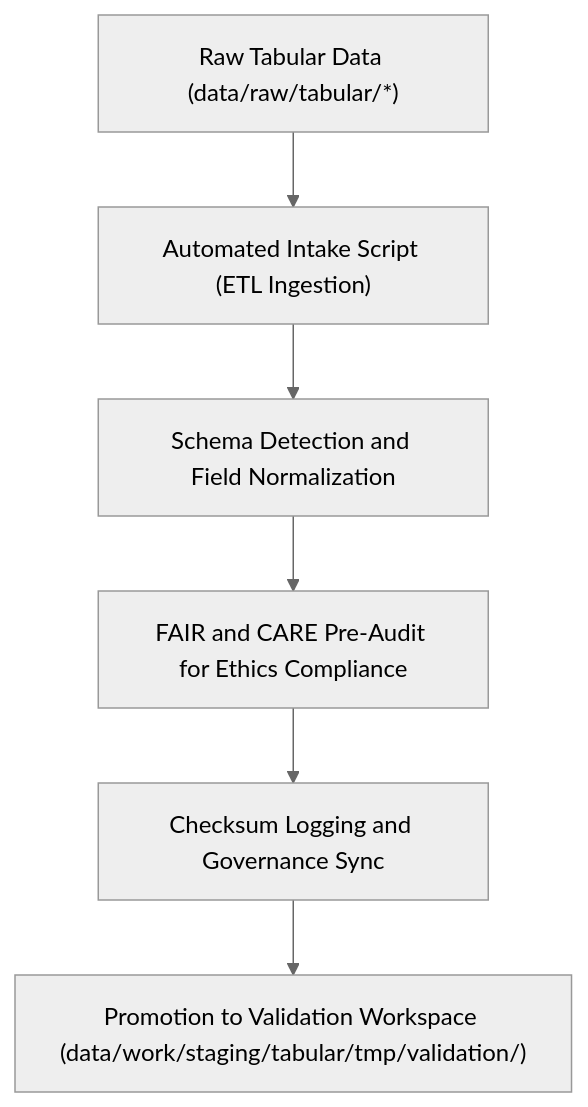
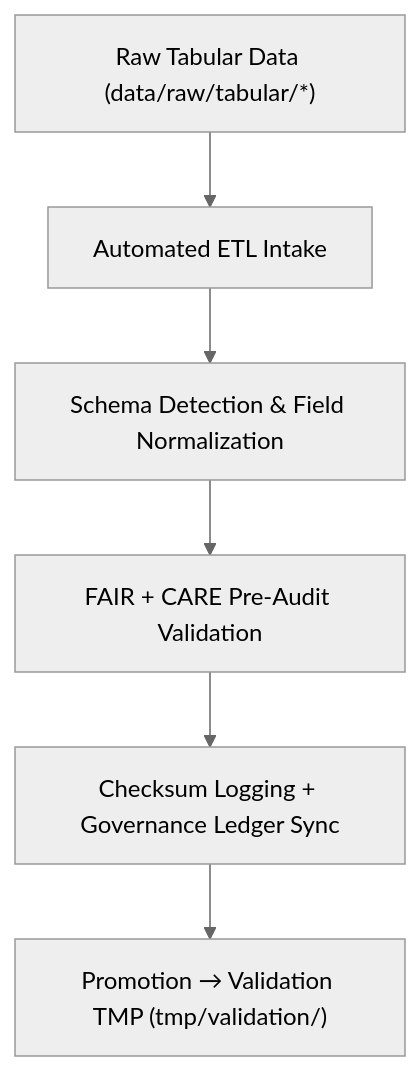
Before and after one commit to bartytime4life/Kansas-Frontier-Matrix: the diagram in data/work/staging/tabular/tmp/intake/README.md, drawn with Mermaid (neutral theme). The commit also changed other lines of this file, not shown here.

````diff
--- a/data/work/staging/tabular/tmp/intake/README.md
+++ b/data/work/staging/tabular/tmp/intake/README.md
@@ -62,8 +64,8 @@
 ```mermaid
 flowchart TD
-    A["Raw Tabular Data (data/raw/tabular/*)"] --> B["Automated Intake Script (ETL Ingestion)"]
-    B --> C["Schema Detection and Field Normalization"]
-    C --> D["FAIR and CARE Pre-Audit for Ethics Compliance"]
-    D --> E["Checksum Logging and Governance Sync"]
-    E --> F["Promotion to Validation Workspace (data/work/staging/tabular/tmp/validation/)"]
+    A["Raw Tabular Data (data/raw/tabular/*)"] --> B["Automated ETL Intake"]
+    B --> C["Schema Detection & Field Normalization"]
+    C --> D["FAIR + CARE Pre-Audit Validation"]
+    D --> E["Checksum Logging + Governance Ledger Sync"]
+    E --> F["Promotion → Validation TMP (tmp/validation/)"]
 ```
````
